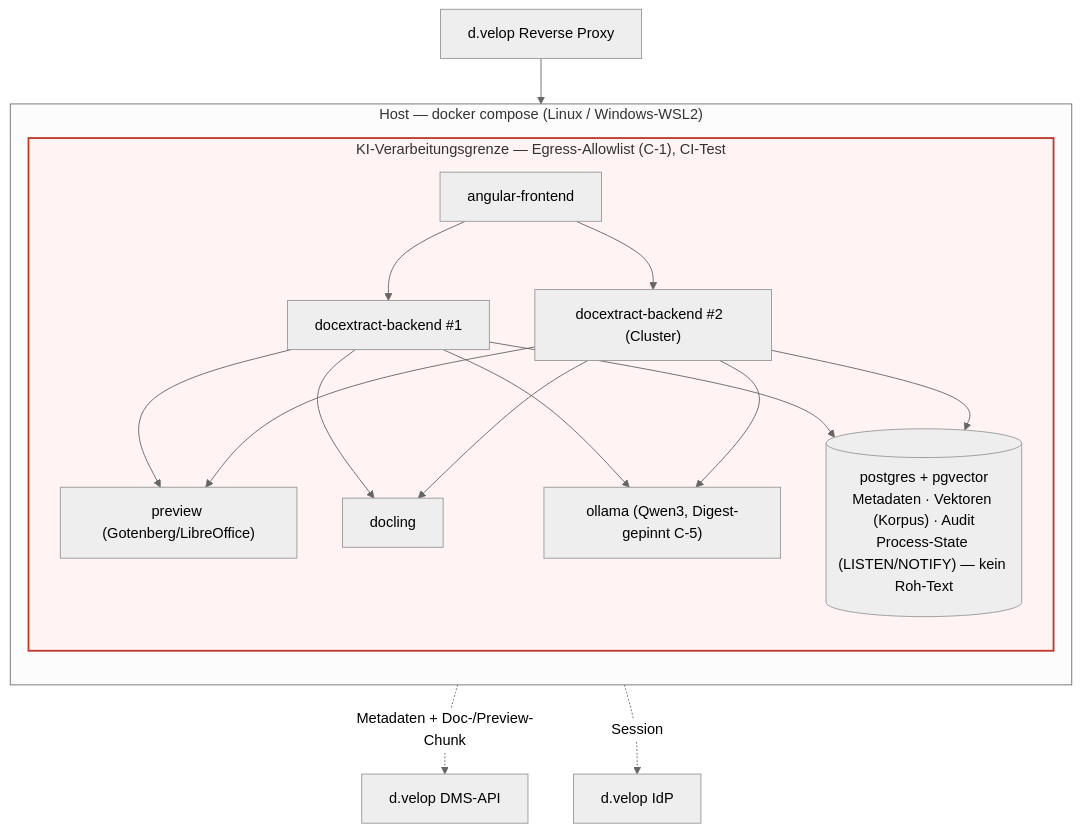
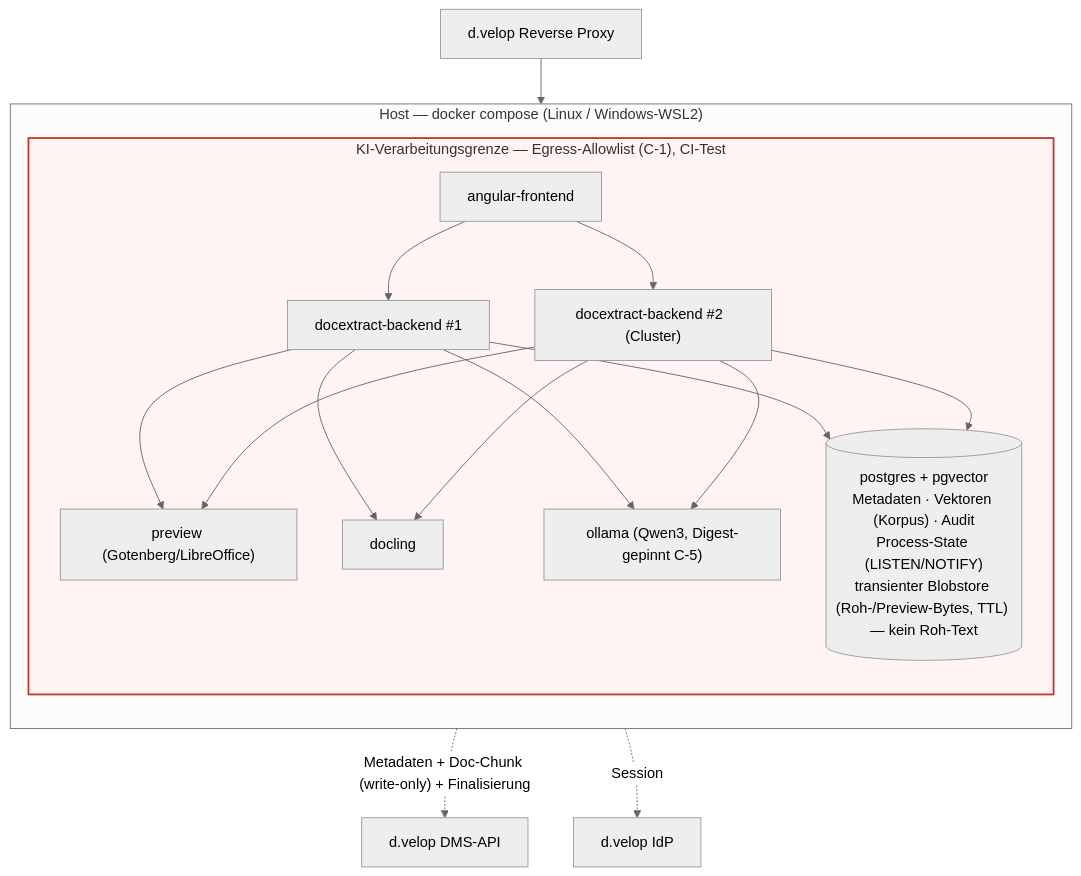
Before and after one commit to segjo/docextract: the sixth of 7 diagrams in doc/ARCHITECTURE.md, drawn with Mermaid (neutral theme). The commit also changed other lines of this file and 66 other files, not shown here.

````diff
--- a/doc/ARCHITECTURE.md
+++ b/doc/ARCHITECTURE.md
@@ -407,25 +418,25 @@
 ```mermaid
 flowchart TB
     subgraph host["Host — docker compose (Linux / Windows-WSL2)"]
       direction TB
       subgraph tb["KI-Verarbeitungsgrenze — Egress-Allowlist (C-1), CI-Test"]
         fe["angular-frontend"]
         be1["docextract-backend #1"]
         be2["docextract-backend #2  (Cluster)"]
         prev["preview (Gotenberg/LibreOffice)"]
         doc["docling"]
         llm["ollama (Qwen3, Digest-gepinnt C-5)"]
-        db[("postgres + pgvector\nMetadaten · Vektoren (Korpus) · Audit\nProcess-State (LISTEN/NOTIFY) — kein Roh-Text")]
+        db[("postgres + pgvector\nMetadaten · Vektoren (Korpus) · Audit\nProcess-State (LISTEN/NOTIFY)\ntransienter Blobstore (Roh-/Preview-Bytes, TTL) — kein Roh-Text")]
               end
     end
     proxy["d.velop Reverse Proxy"] --> fe
     fe --> be1
     fe --> be2
     be1 --> prev & doc & llm & db
     be2 --> prev & doc & llm & db
-    be1 -. "Metadaten + Doc-/Preview-Chunk" .-> dms["d.velop DMS-API"]
+    be1 -. "Metadaten + Doc-Chunk (write-only) + Finalisierung" .-> dms["d.velop DMS-API"]
     be1 -. "Session" .-> idp["d.velop IdP"]
 
     classDef tb fill:#fff3f3,stroke:#c0392b,stroke-width:2px;
     class tb tb;
 ```
````
